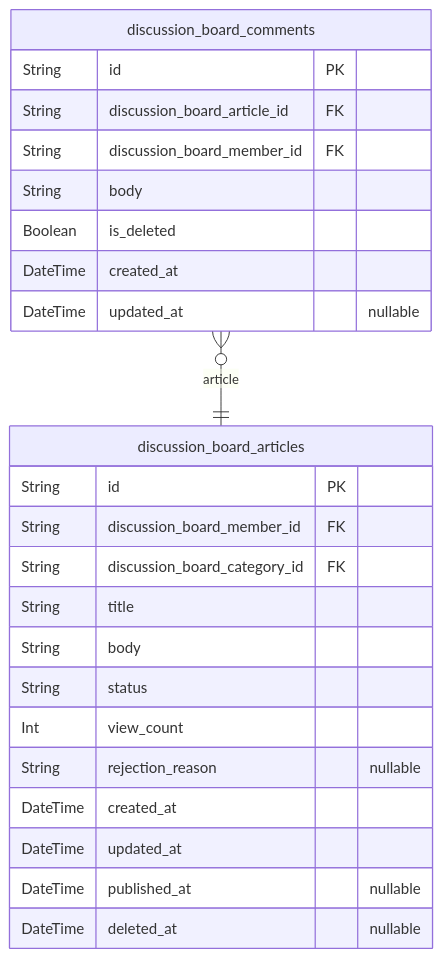
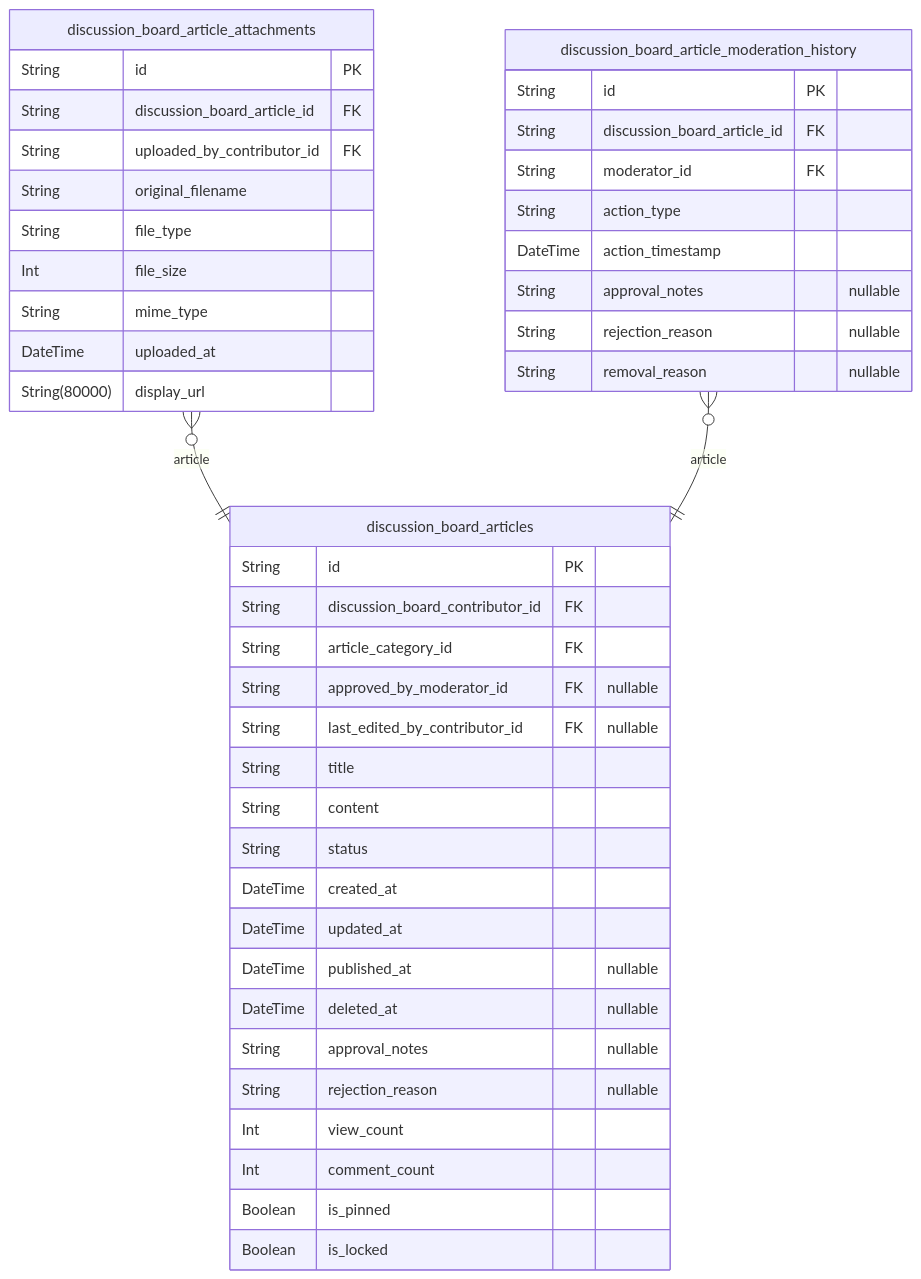
The third of 6 diagrams in anthropic/claude-haiku-4.5/bbs/docs/ERD.md (wrtnlabs/autobe-examples), drawn with Mermaid before and after one commit. The commit also changed other lines of this file and 3569 other files, not shown here.

````diff
--- a/anthropic/claude-haiku-4.5/bbs/docs/ERD.md
+++ b/anthropic/claude-haiku-4.5/bbs/docs/ERD.md
@@ -576,27 +646,46 @@
 ```mermaid
 erDiagram
 "discussion_board_articles" {
   String id PK
-  String discussion_board_member_id FK
-  String discussion_board_category_id FK
+  String discussion_board_contributor_id FK
+  String article_category_id FK
+  String approved_by_moderator_id FK "nullable"
+  String last_edited_by_contributor_id FK "nullable"
   String title
-  String body
+  String content
   String status
-  Int view_count
-  String rejection_reason "nullable"
   DateTime created_at
   DateTime updated_at
   DateTime published_at "nullable"
   DateTime deleted_at "nullable"
+  String approval_notes "nullable"
+  String rejection_reason "nullable"
+  Int view_count
+  Int comment_count
+  Boolean is_pinned
+  Boolean is_locked
 }
-"discussion_board_comments" {
+"discussion_board_article_attachments" {
   String id PK
   String discussion_board_article_id FK
-  String discussion_board_member_id FK
-  String body
-  Boolean is_deleted
-  DateTime created_at
-  DateTime updated_at "nullable"
+  String uploaded_by_contributor_id FK
+  String original_filename
+  String file_type
+  Int file_size
+  String mime_type
+  DateTime uploaded_at
+  String(80000) display_url
 }
-"discussion_board_comments" }o--|| "discussion_board_articles" : article
+"discussion_board_article_moderation_history" {
+  String id PK
+  String discussion_board_article_id FK
+  String moderator_id FK
+  String action_type
+  DateTime action_timestamp
+  String approval_notes "nullable"
+  String rejection_reason "nullable"
+  String removal_reason "nullable"
+}
+"discussion_board_article_attachments" }o--|| "discussion_board_articles" : article
+"discussion_board_article_moderation_history" }o--|| "discussion_board_articles" : article
 ```
````
